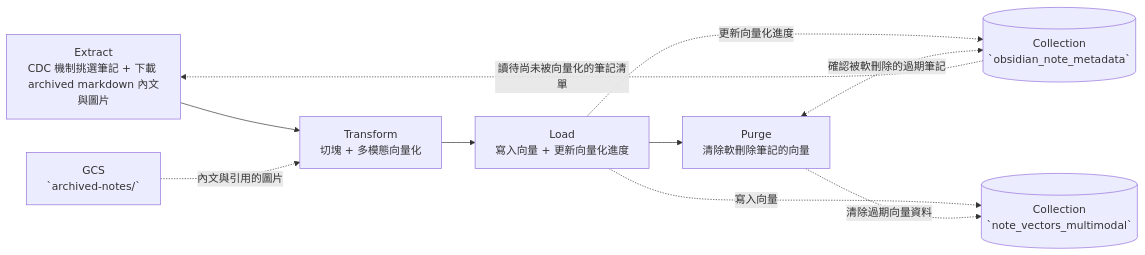
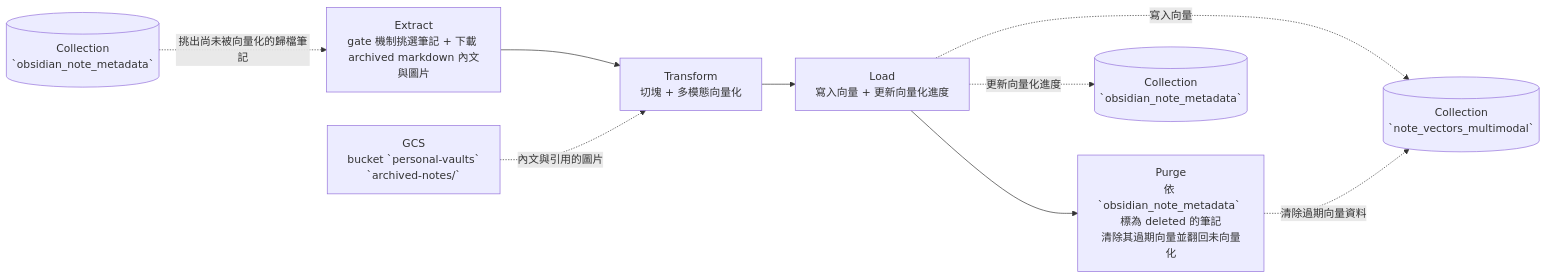
One commit to Jessie-Lin-810630/personnel_skill_library changed the diagram in task06_obsidian_embed_etl_v2/README.md. Above: the diagram before and after it, drawn with Mermaid. The commit also changed other lines of this file and 8 other files, not shown here.

Commit message:
docs:revise task-level READMEs to align data flow and schema with implementation

````diff
--- a/task06_obsidian_embed_etl_v2/README.md
+++ b/task06_obsidian_embed_etl_v2/README.md
@@ -29,10 +29,9 @@
 ```mermaid
 flowchart LR
-    E[Extract<br/>CDC 機制挑選筆記 + 下載 archived markdown 內文與圖片] --> T[Transform<br/>切塊 + 多模態向量化] --> L[Load<br/>寫入向量 +  更新向量化進度] --> P[Purge<br/>清除軟刪除筆記的向量]
-    M[(Collection<br/>`obsidian_note_metadata`)] -. 讀待尚未被向量化的筆記清單 .-> E
-    Arch[GCS<br/>`archived-notes/`] -. 內文與引用的圖片 .-> T
+    M1[(Collection<br/>`obsidian_note_metadata`)] -. 挑出尚未被向量化的歸檔筆記 .-> E
+    E[Extract<br/>gate 機制挑選筆記 + 下載 archived markdown 內文與圖片] --> T[Transform<br/>切塊 + 多模態向量化] --> L[Load<br/>寫入向量 +  更新向量化進度] --> P[Purge<br/>依 `obsidian_note_metadata` 標為 deleted 的筆記<br/>清除其過期向量並翻回未向量化]
+    Arch[GCS<br/>bucket `personal-vaults`<br/>`archived-notes/`] -. 內文與引用的圖片 .-> T
+    L -. 更新向量化進度 .-> M2[(Collection<br/>`obsidian_note_metadata`)]
     L -. 寫入向量 .-> V[(Collection<br/>`note_vectors_multimodal`)]
-    L -. 更新向量化進度 .-> M
-    P <-. 確認被軟刪除的過期筆記.-> M
     P -. 清除過期向量資料 .-> V
 ```
````
